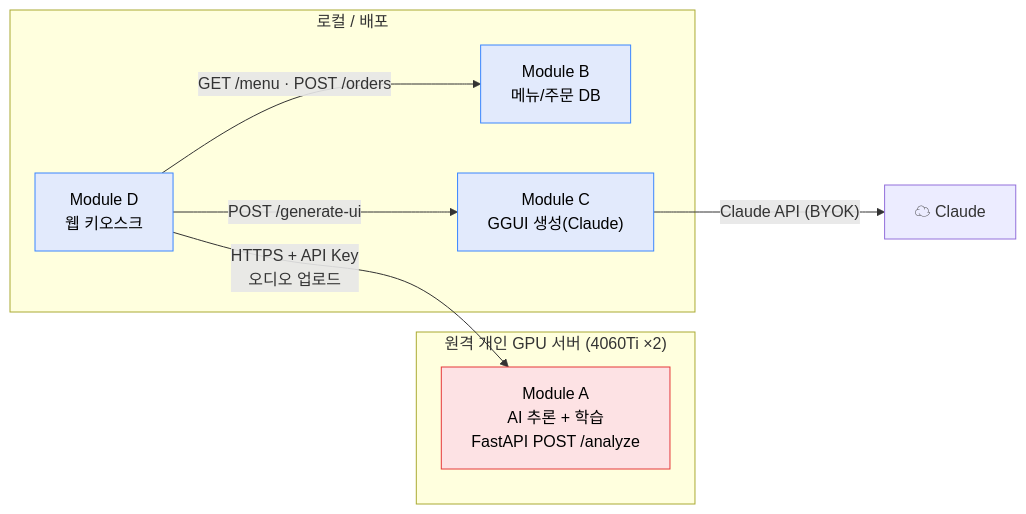
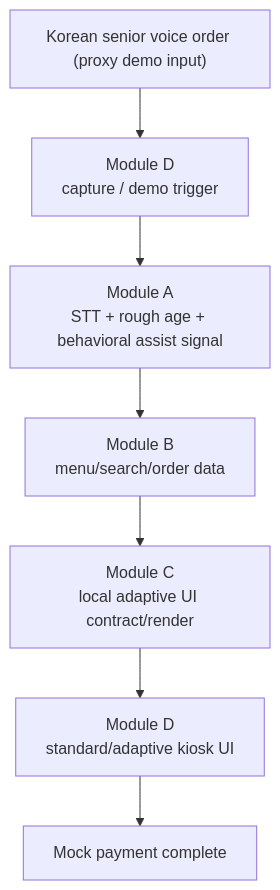
Before and after one commit to taeyoung1005/GGUI_kiosk: the diagram in voice-adaptive-kiosk/PIPELINE.md, drawn with Mermaid. The commit also changed other lines of this file and 176 other files, not shown here.

````diff
--- a/voice-adaptive-kiosk/PIPELINE.md
+++ b/voice-adaptive-kiosk/PIPELINE.md
@@ -101,18 +6,9 @@
 ```mermaid
-flowchart LR
-    classDef remote fill:#fde2e4,stroke:#e5383b,color:#000;
-    classDef local  fill:#e2eafc,stroke:#3a86ff,color:#000;
-
-    subgraph RM["원격 개인 GPU 서버 (4060Ti ×2)"]
-        A["Module A<br/>AI 추론 + 학습<br/>FastAPI POST /analyze"]:::remote
-    end
-    subgraph LC["로컬 / 배포"]
-        D["Module D<br/>웹 키오스크"]:::local
-        B["Module B<br/>메뉴/주문 DB"]:::local
-        C["Module C<br/>GGUI 생성(Claude)"]:::local
-    end
-    D -->|"HTTPS + API Key<br/>오디오 업로드"| A
-    D -->|"GET /menu · POST /orders"| B
-    D -->|"POST /generate-ui"| C
-    C -->|"Claude API (BYOK)"| CLOUD["☁ Claude"]
+flowchart TD
+    MIC["Korean senior voice order (proxy demo input)"] --> D1["Module D<br/>capture / demo trigger"]
+    D1 --> A["Module A<br/>STT + rough age + behavioral assist signal"]
+    A --> B["Module B<br/>menu/search/order data"]
+    B --> C["Module C<br/>local adaptive UI contract/render"]
+    C --> D2["Module D<br/>standard/adaptive kiosk UI"]
+    D2 --> PAY["Mock payment complete"]
 ```
````
